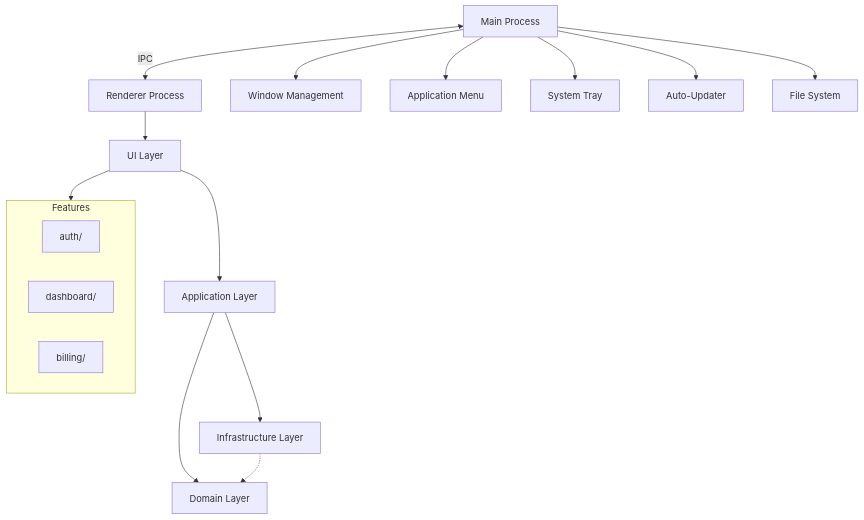
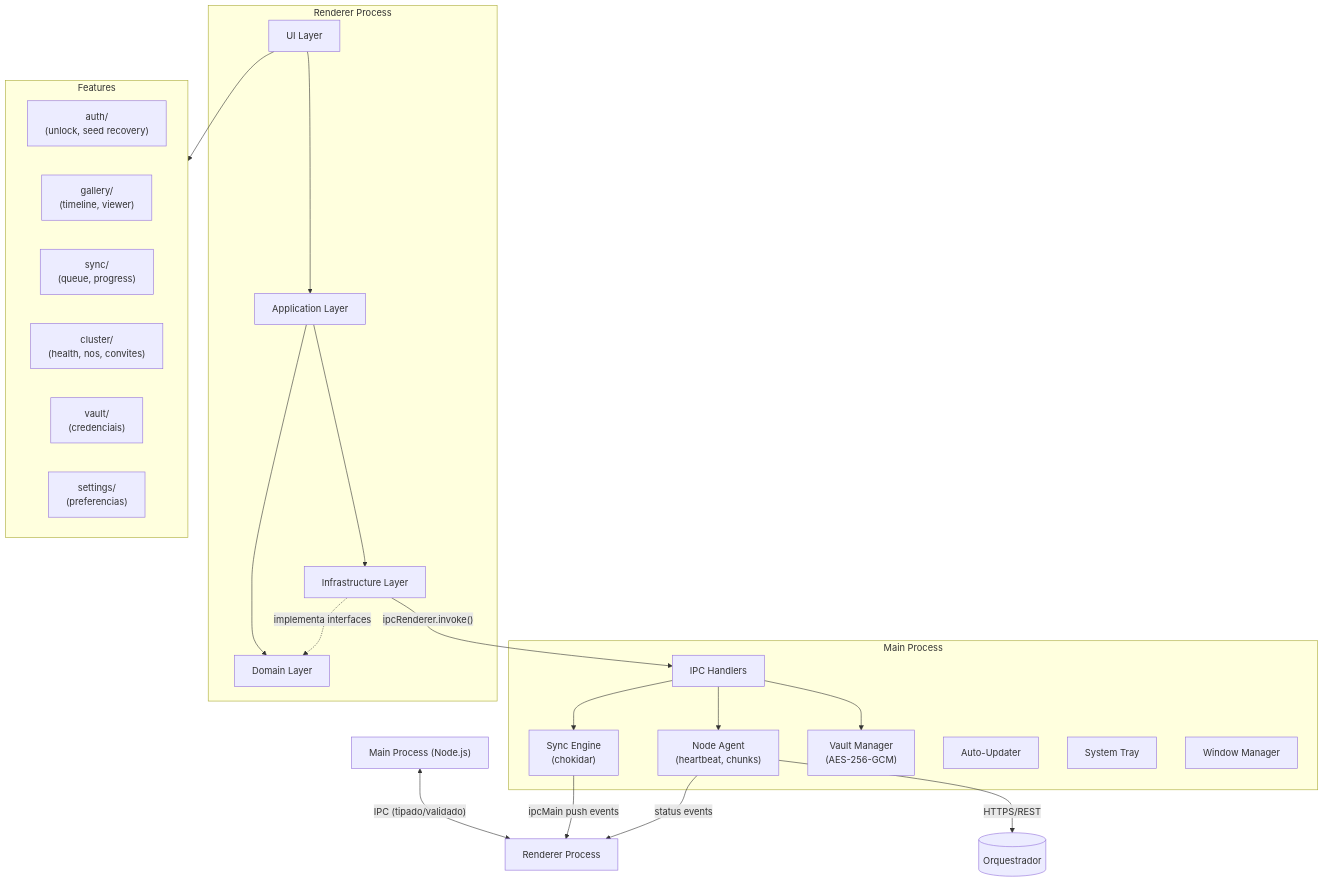
One commit to DouglasPrado/alexandria changed the diagram in docs/frontend/desktop/01-architecture.md. Above: the diagram before and after it, drawn with Mermaid. The commit also changed other lines of this file and 27 other files, not shown here.

````diff
--- a/docs/frontend/desktop/01-architecture.md
+++ b/docs/frontend/desktop/01-architecture.md
@@ -163,24 +193,46 @@
 ```mermaid
 graph TD
-    Main[Main Process] <-->|IPC| Renderer[Renderer Process]
+    Main["Main Process (Node.js)"] <-->|"IPC (tipado/validado)"| Renderer[Renderer Process]
 
-    Main --> Windows[Window Management]
-    Main --> Menu[Application Menu]
-    Main --> Tray[System Tray]
-    Main --> Updater[Auto-Updater]
-    Main --> FS[File System]
+    subgraph Main Process
+        SyncEngine["Sync Engine\n(chokidar)"]
+        NodeAgent["Node Agent\n(heartbeat, chunks)"]
+        VaultMgr["Vault Manager\n(AES-256-GCM)"]
+        IPCHandlers[IPC Handlers]
+        AutoUpdater[Auto-Updater]
+        TrayMgr[System Tray]
+        WindowMgr[Window Manager]
+    end
 
-    Renderer --> UI[UI Layer]
-    UI --> App[Application Layer]
-    App --> Domain[Domain Layer]
-    App --> Infra[Infrastructure Layer]
-    Infra -.-> Domain
+    subgraph Renderer Process
+        UI[UI Layer]
+        AppLayer[Application Layer]
+        DomainLayer[Domain Layer]
+        InfraLayer[Infrastructure Layer]
+    end
 
     subgraph Features
-        Auth[auth/]
-        Dashboard[dashboard/]
-        Billing[billing/]
+        Auth["auth/\n(unlock, seed recovery)"]
+        Gallery["gallery/\n(timeline, viewer)"]
+        Sync["sync/\n(queue, progress)"]
+        Cluster["cluster/\n(health, nos, convites)"]
+        Vault["vault/\n(credenciais)"]
+        Settings["settings/\n(preferencias)"]
     end
 
     UI --> Features
+    UI --> AppLayer
+    AppLayer --> DomainLayer
+    AppLayer --> InfraLayer
+    InfraLayer -.->|"implementa interfaces"| DomainLayer
+
+    InfraLayer -->|"ipcRenderer.invoke()"| IPCHandlers
+    IPCHandlers --> SyncEngine
+    IPCHandlers --> NodeAgent
+    IPCHandlers --> VaultMgr
+
+    SyncEngine -->|"ipcMain push events"| Renderer
+    NodeAgent -->|"status events"| Renderer
+
+    NodeAgent -->|"HTTPS/REST"| Orchestrator[(Orquestrador)]
 ```
````
